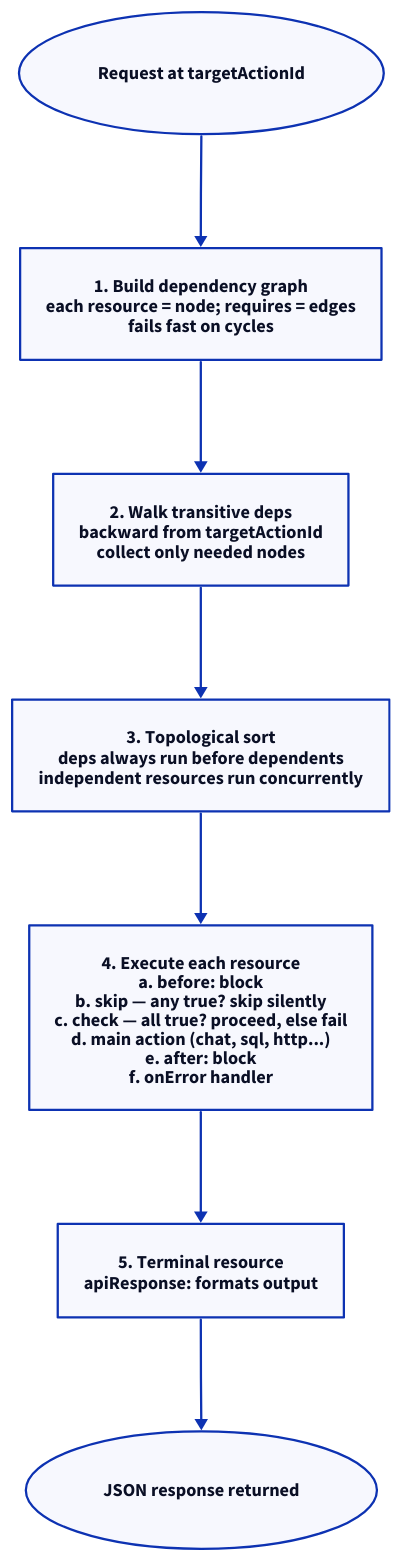
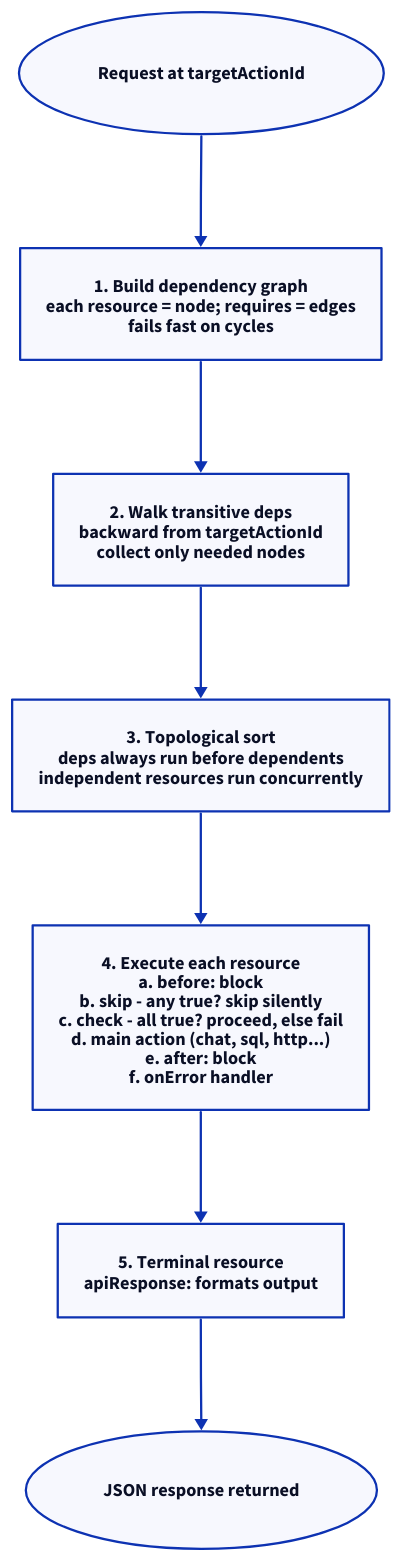
The first of 2 diagrams in docs/v2/guides/execution-flow.md (kdeps/kdeps), drawn with D2 before and after one commit. The commit also changed other lines of this file and 99 other files, not shown here.

````diff
--- a/docs/v2/guides/execution-flow.md
+++ b/docs/v2/guides/execution-flow.md
@@ -17,13 +17,13 @@
 ```d2
 direction: down
 
 A: Request at targetActionId {shape: oval}
 B: "1. Build dependency graph\neach resource = node; requires = edges\nfails fast on cycles"
 C: "2. Walk transitive deps\nbackward from targetActionId\ncollect only needed nodes"
 D: "3. Topological sort\ndeps always run before dependents\nindependent resources run concurrently"
-E: "4. Execute each resource\na. before: block\nb. skip — any true? skip silently\nc. check — all true? proceed, else fail\nd. main action (chat, sql, http...)\ne. after: block\nf. onError handler"
+E: "4. Execute each resource\na. before: block\nb. skip - any true? skip silently\nc. check - all true? proceed, else fail\nd. main action (chat, sql, http...)\ne. after: block\nf. onError handler"
 F: "5. Terminal resource\napiResponse: formats output"
 G: JSON response returned {shape: oval}
 
 A -> B -> C -> D -> E -> F -> G
 ```
````
